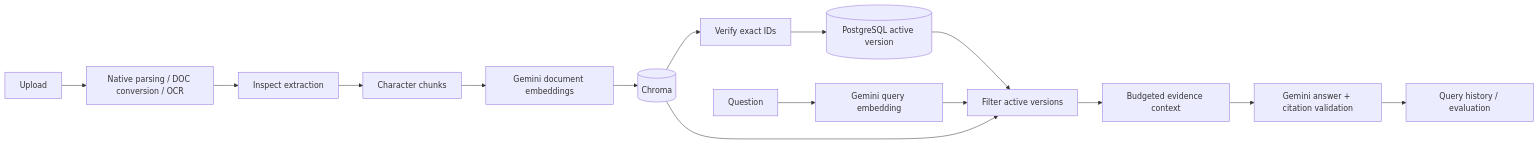
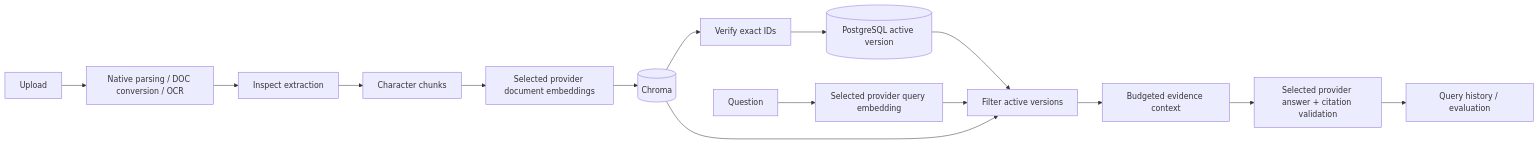
Before and after one commit to Dorjnyam/rag_chatbot_try: the diagram in README.md, drawn with Mermaid. The commit also changed other lines of this file and 1220 other files, not shown here.

````diff
--- a/README.md
+++ b/README.md
@@ -71,17 +107,17 @@
 ```mermaid
 flowchart LR
   Upload --> Parse[Native parsing / DOC conversion / OCR]
   Parse --> Review[Inspect extraction]
   Review --> Chunk[Character chunks]
-  Chunk --> Embed[Gemini document embeddings]
+  Chunk --> Embed[Selected provider document embeddings]
   Embed --> Chroma[(Chroma)]
   Chroma --> Verify[Verify exact IDs]
   Verify --> PG[(PostgreSQL active version)]
-  Question --> QE[Gemini query embedding]
+  Question --> QE[Selected provider query embedding]
   PG --> Retrieve[Filter active versions]
   QE --> Retrieve
   Chroma --> Retrieve
   Retrieve --> Context[Budgeted evidence context]
-  Context --> Answer[Gemini answer + citation validation]
+  Context --> Answer[Selected provider answer + citation validation]
   Answer --> Trace[Query history / evaluation]
 ```
````
